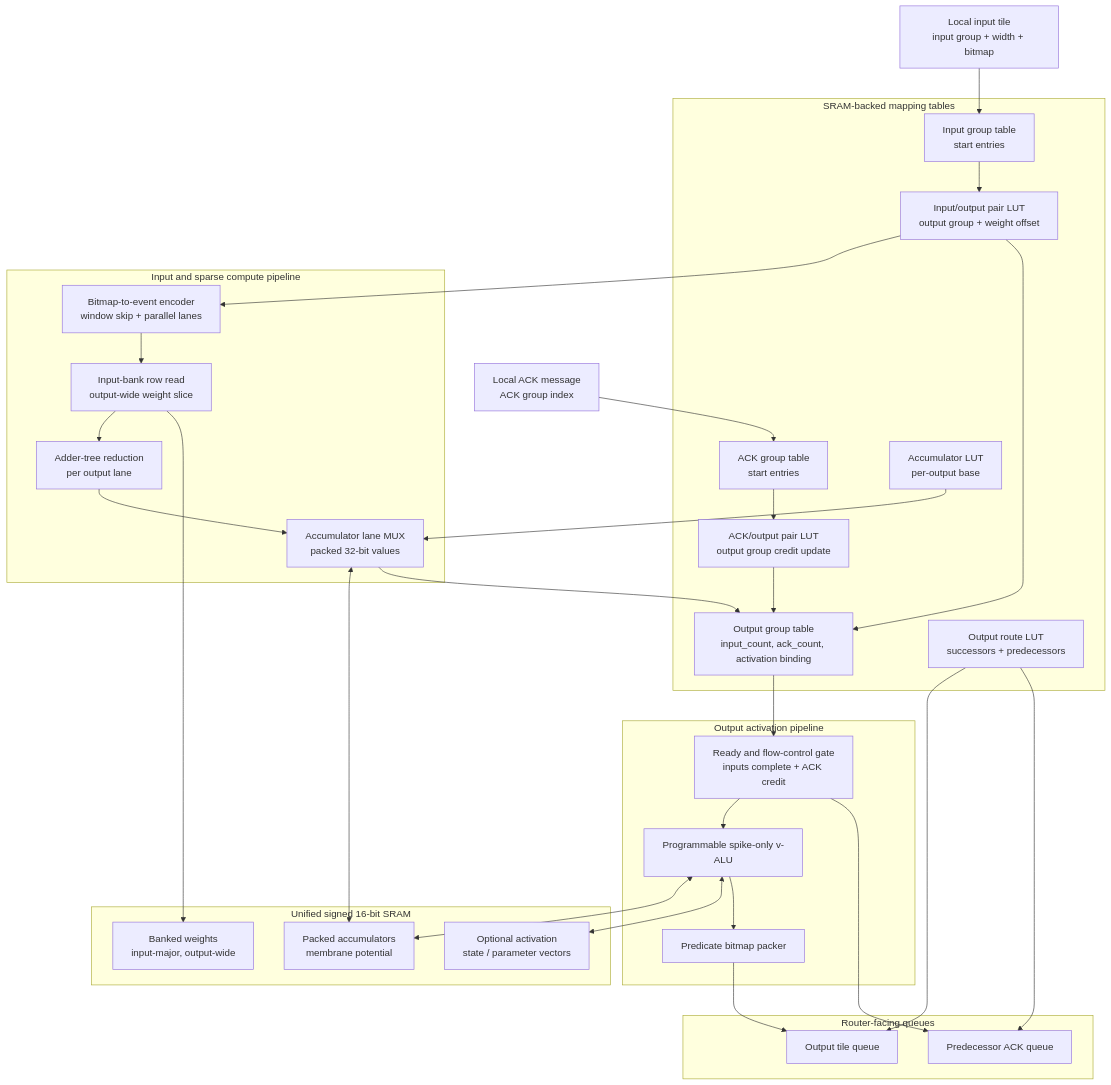
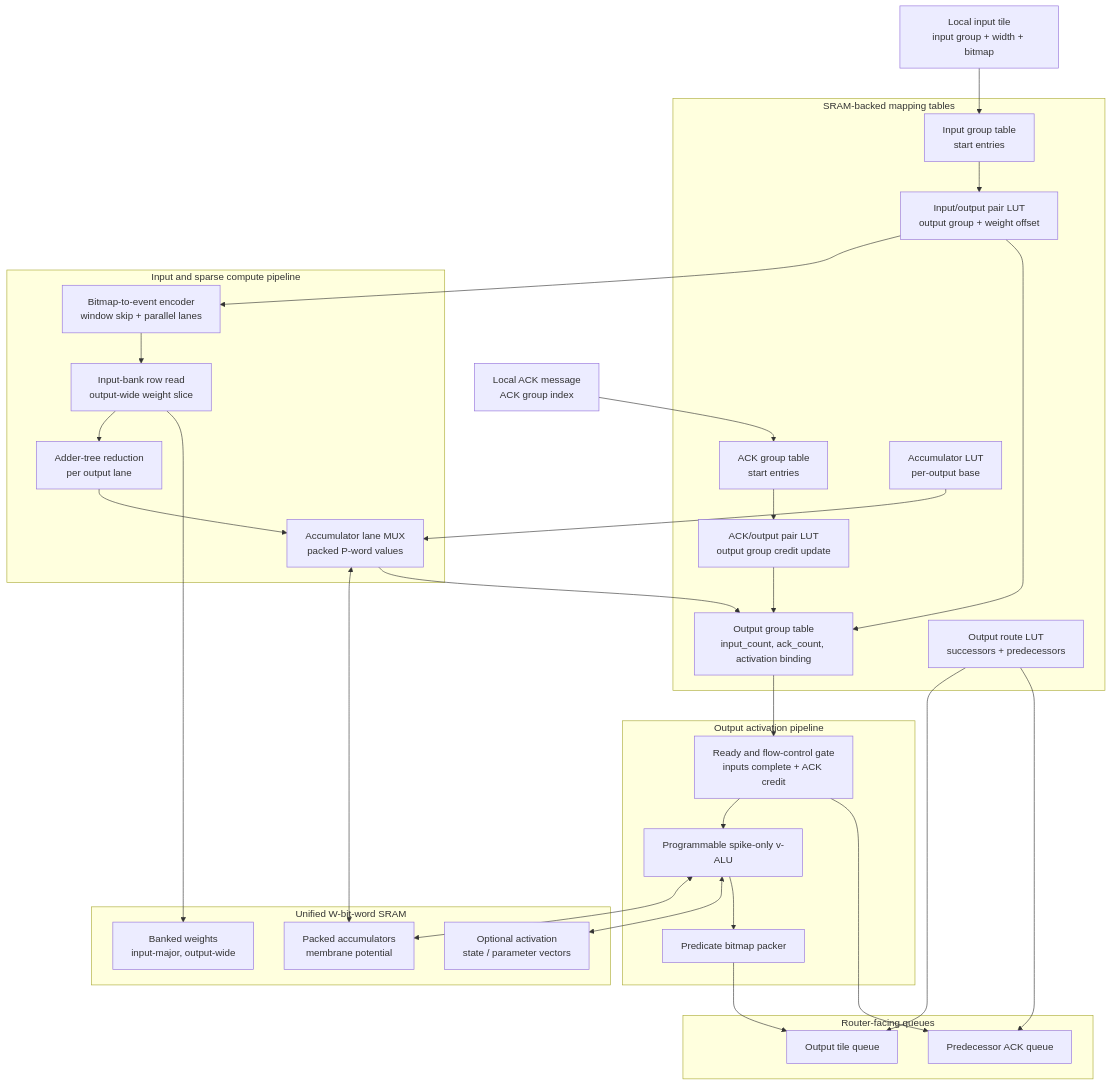
The second of 5 diagrams in docs/hardware-architecture.md (sjoks93/neuromorphic-accelerator), drawn with Mermaid before and after one commit. The commit also changed other lines of this file and 3 other files, not shown here.

````diff
--- a/docs/hardware-architecture.md
+++ b/docs/hardware-architecture.md
@@ -55,56 +55,56 @@
 ```mermaid
 flowchart TB
     InTile[Local input tile\ninput group + width + bitmap]
     AckIn[Local ACK message\nACK group index]
 
     subgraph Tables[SRAM-backed mapping tables]
         InputGroup[Input group table\nstart entries]
         PairLUT[Input/output pair LUT\noutput group + weight offset]
         AckGroup[ACK group table\nstart entries]
         AckPairLUT[ACK/output pair LUT\noutput group credit update]
         OutGroup[Output group table\ninput_count, ack_count, activation binding]
         AccLUT[Accumulator LUT\nper-output base]
         RouteLUT[Output route LUT\nsuccessors + predecessors]
     end
 
     subgraph Compute[Input and sparse compute pipeline]
         Encoder[Bitmap-to-event encoder\nwindow skip + parallel lanes]
         WeightRead[Input-bank row read\noutput-wide weight slice]
         AdderTree[Adder-tree reduction\nper output lane]
-        AccMux[Accumulator lane MUX\npacked 32-bit values]
+        AccMux[Accumulator lane MUX\npacked P-word values]
     end
 
-    subgraph Unified[Unified signed 16-bit SRAM]
+    subgraph Unified[Unified W-bit-word SRAM]
         Weights[Banked weights\ninput-major, output-wide]
         Accums[Packed accumulators\nmembrane potential]
         ActState[Optional activation\nstate / parameter vectors]
     end
 
     subgraph Activation[Output activation pipeline]
         Ready[Ready and flow-control gate\ninputs complete + ACK credit]
         VALU[Programmable spike-only v-ALU]
         Packer[Predicate bitmap packer]
     end
 
     subgraph Egress[Router-facing queues]
         OutQ[Output tile queue]
         AckQ[Predecessor ACK queue]
     end
 
     InTile --> InputGroup --> PairLUT --> Encoder --> WeightRead --> AdderTree --> AccMux
     PairLUT --> OutGroup
     WeightRead --> Weights
     AccMux <--> Accums
     AccMux --> OutGroup
 
     AckIn --> AckGroup --> AckPairLUT --> OutGroup
     OutGroup --> Ready
     AccLUT --> AccMux
     Ready --> VALU
     VALU <--> Accums
     VALU <--> ActState
     VALU --> Packer --> OutQ
     RouteLUT --> OutQ
     RouteLUT --> AckQ
     Ready --> AckQ
 ```
````
